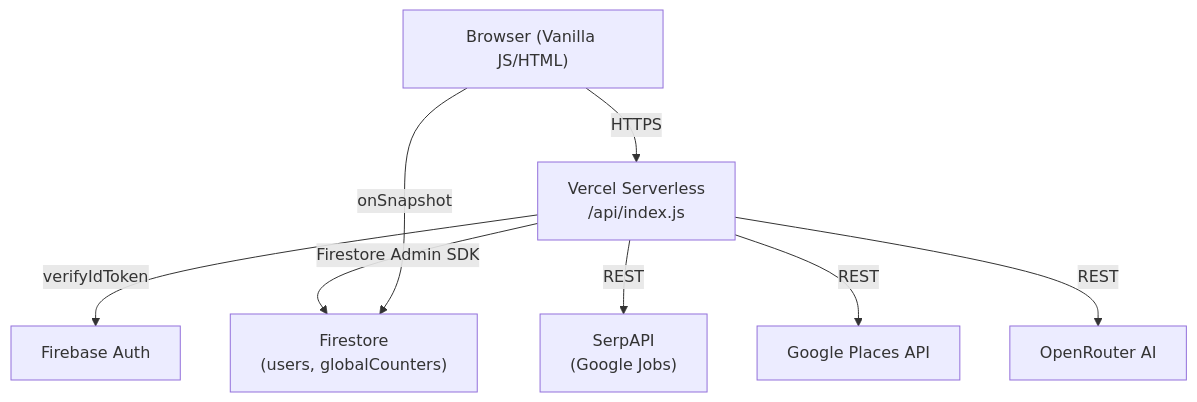
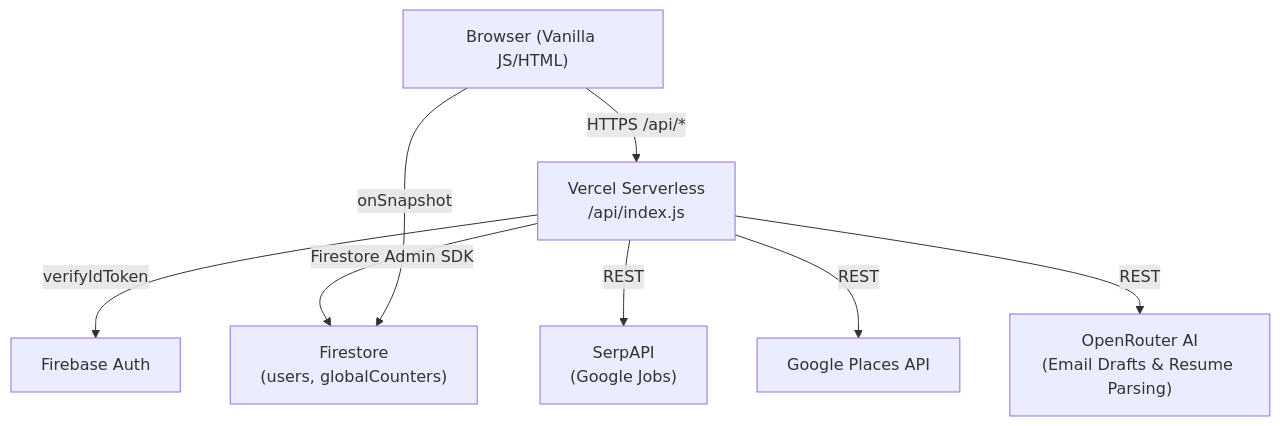
Before and after one commit to Shrlnrm/Automated-Job-Opportunity-Seeker: the diagram in README.md, drawn with Mermaid. The commit also changed other lines of this file and 1 other file, not shown here.

````diff
--- a/README.md
+++ b/README.md
@@ -31,10 +33,10 @@
 ```mermaid
 graph TD
-    Browser["Browser (Vanilla JS/HTML)"] -->|HTTPS| Vercel["Vercel Serverless\n/api/index.js"]
+    Browser["Browser (Vanilla JS/HTML)"] -->|HTTPS /api/*| Vercel["Vercel Serverless\n/api/index.js"]
     Vercel -->|verifyIdToken| FirebaseAuth["Firebase Auth"]
     Vercel -->|Firestore Admin SDK| Firestore["Firestore\n(users, globalCounters)"]
     Vercel -->|REST| SerpAPI["SerpAPI\n(Google Jobs)"]
     Vercel -->|REST| Places["Google Places API"]
-    Vercel -->|REST| OpenRouter["OpenRouter AI"]
+    Vercel -->|REST| OpenRouter["OpenRouter AI\n(Email Drafts & Resume Parsing)"]
     Browser -->|onSnapshot| Firestore
 ```
````
